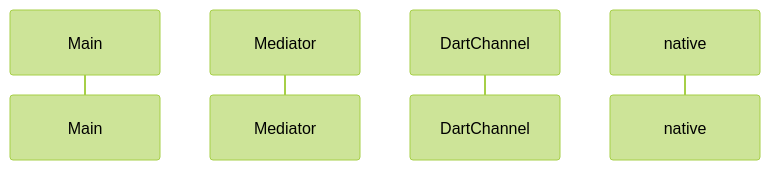
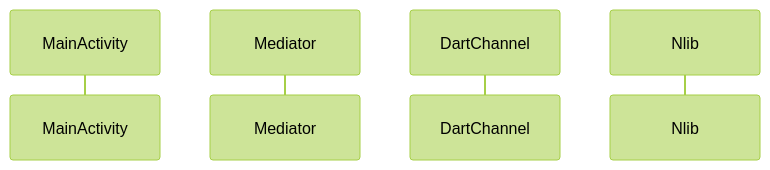
One commit to gordianknotC/nxp_note changed the first of 6 diagrams in flutter/android_to_flutter.md. Above: the diagram before and after it, drawn with Mermaid (forest theme). The commit also changed other lines of this file, not shown here.

Commit message:
flutter/android_to_flutter.md updated from https://stackedit.io/

````diff
--- a/flutter/android_to_flutter.md
+++ b/flutter/android_to_flutter.md
@@ -4,7 +4,11 @@
 ```mermaid
 sequenceDiagram
-participant Main
+participant MainActivity
 participant Mediator
 participant DartChannel
-participant native
+participant Nlib
+
+
+
+
 ```
````
